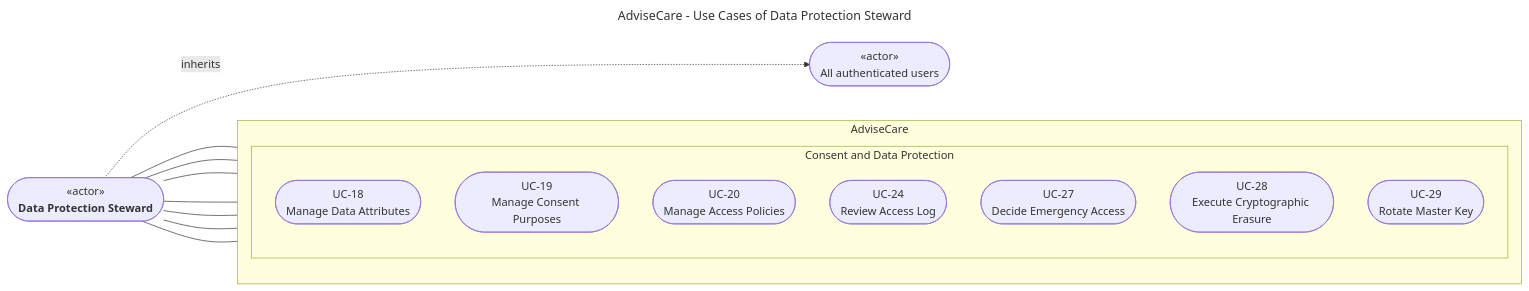
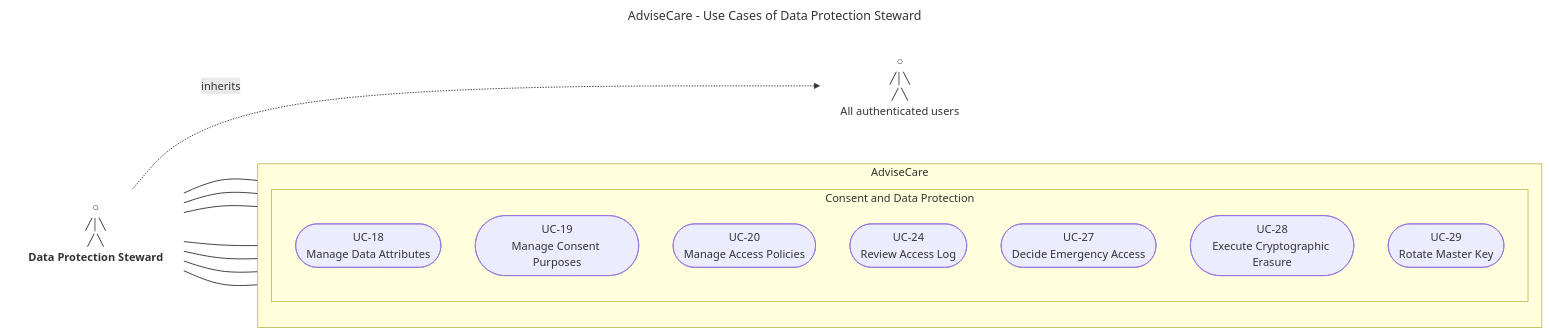
The diagram in Mermaid/Report 3/Use Case/Use_Case_3_Data_Protection_Steward.mmd (DanieLsvenn/AdviseCare), drawn with Mermaid before and after one commit. The commit also changed 36 other files, not shown here.

```diff
--- a/Mermaid/Report 3/Use Case/Use_Case_3_Data_Protection_Steward.mmd
+++ b/Mermaid/Report 3/Use Case/Use_Case_3_Data_Protection_Steward.mmd
@@ -1,26 +1,29 @@
 ---
 title: AdviseCare - Use Cases of Data Protection Steward
 ---
 flowchart LR
-    ACT(["&laquo;actor&raquo;<br/><b>Data Protection Steward</b>"])
-    GEN(["&laquo;actor&raquo;<br/>All authenticated users"])
+    ACT["○<br/>╱│╲<br/>╱ ╲<br/><b>Data Protection Steward</b>"]
+    GEN["○<br/>╱│╲<br/>╱ ╲<br/>All authenticated users"]
     ACT -.->|"inherits"| GEN
     subgraph SYS["AdviseCare"]
         direction TB
         subgraph CON["Consent and Data Protection"]
             UC18(["UC-18<br/>Manage Data Attributes"])
             UC19(["UC-19<br/>Manage Consent Purposes"])
             UC20(["UC-20<br/>Manage Access Policies"])
             UC24(["UC-24<br/>Review Access Log"])
             UC27(["UC-27<br/>Decide Emergency Access"])
             UC28(["UC-28<br/>Execute Cryptographic Erasure"])
             UC29(["UC-29<br/>Rotate Master Key"])
         end
     end
     ACT --- UC18
     ACT --- UC19
     ACT --- UC20
     ACT --- UC24
     ACT --- UC27
     ACT --- UC28
     ACT --- UC29
+    linkStyle default stroke-width: 1pt;
+    classDef actor fill:transparent,stroke:transparent,stroke-width:0px;
+    class ACT,GEN actor;
```
